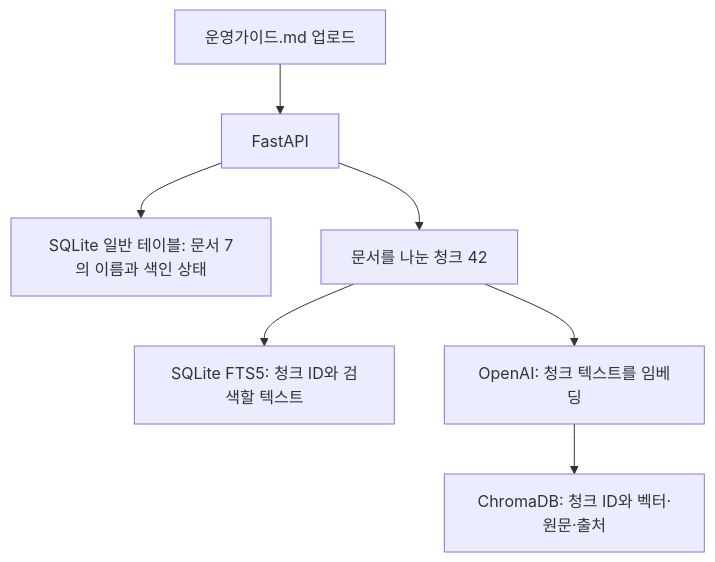
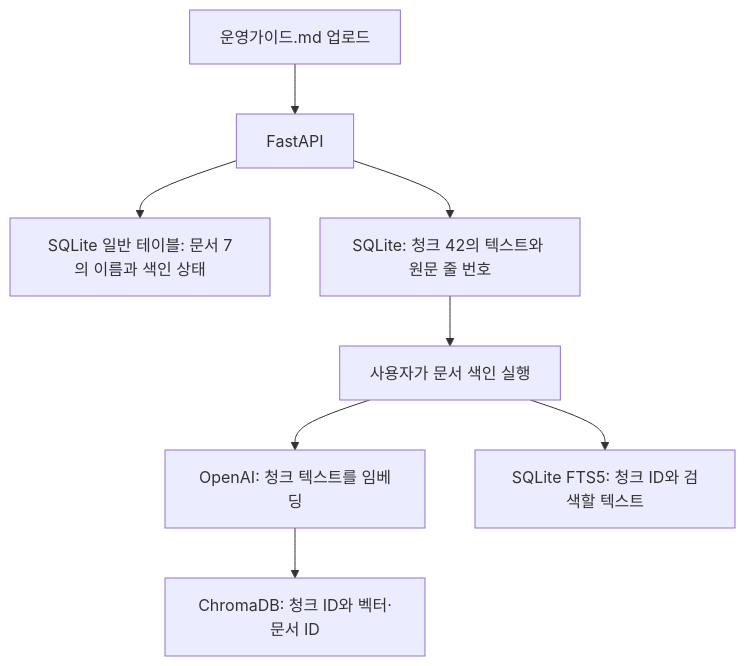
One commit to sim-gyu-bin/Ragcoon changed the diagram in docs/db-flow.md. Above: the diagram before and after it, drawn with Mermaid. The commit also changed other lines of this file and 16 other files, not shown here.

````diff
--- a/docs/db-flow.md
+++ b/docs/db-flow.md
@@ -7,9 +7,10 @@
 ```mermaid
 flowchart TD
     U[운영가이드.md 업로드] --> API[FastAPI]
     API --> M[SQLite 일반 테이블: 문서 7의 이름과 색인 상태]
-    API --> C[문서를 나눈 청크 42]
-    C --> F[SQLite FTS5: 청크 ID와 검색할 텍스트]
-    C --> E[OpenAI: 청크 텍스트를 임베딩]
-    E --> V[ChromaDB: 청크 ID와 벡터·원문·출처]
+    API --> C[SQLite: 청크 42의 텍스트와 원문 줄 번호]
+    C --> I[사용자가 문서 색인 실행]
+    I --> E[OpenAI: 청크 텍스트를 임베딩]
+    E --> V[ChromaDB: 청크 ID와 벡터·문서 ID]
+    I --> F[SQLite FTS5: 청크 ID와 검색할 텍스트]
 ```
````
